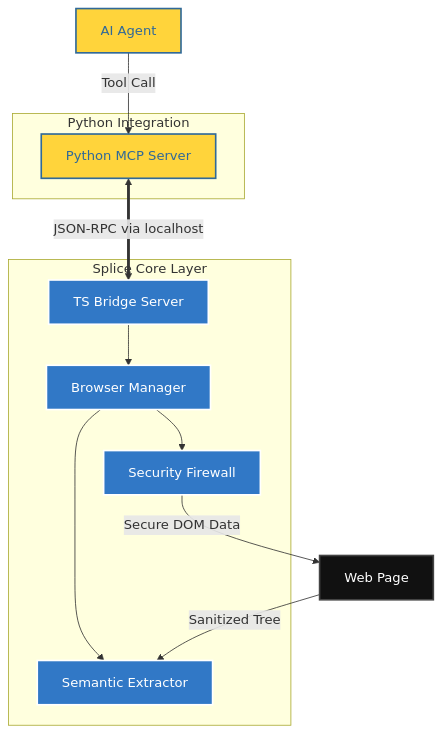
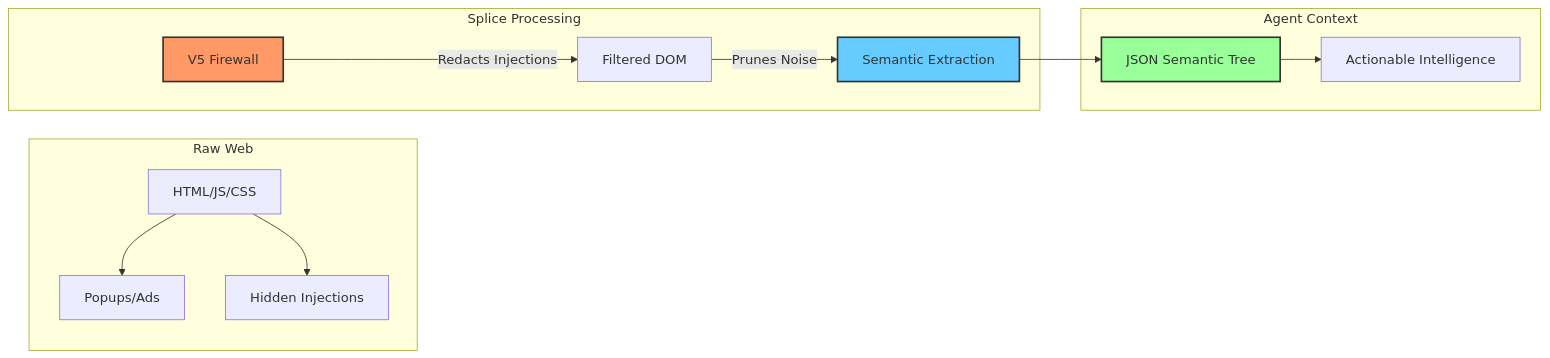
The first of 2 diagrams in README.md (Arnavnemade1/Splice), drawn with Mermaid before and after one commit. The commit also changed other lines of this file, not shown here.

Commit message:
docs: rename to Splice, add mission section, and enhance technical diagrams

````diff
--- a/README.md
+++ b/README.md
@@ -57,28 +48,21 @@
 ```mermaid
-graph TD
-    %% Styling
-    classDef ts fill:#3178C6,stroke:#fff,stroke-width:2px,color:#fff;
-    classDef py fill:#FFD43B,stroke:#306998,stroke-width:2px,color:#306998;
-    classDef core fill:#111,stroke:#444,stroke-width:2px,color:#fff;
+graph LR
+    subgraph Raw Web
+        A[HTML/JS/CSS] --> B[Popups/Ads]
+        A --> C[Hidden Injections]
+    end
 
-    A[AI Agent]:::py -->|Tool Call| B
-    
-    subgraph Python Integration
-        B[Python MCP Server]:::py
+    subgraph Splice Processing
+        D[V5 Firewall] -- Redacts Injections --> E[Filtered DOM]
+        E -- Prunes Noise --> F[Semantic Extraction]
     end
-    
-    subgraph Splice Core Layer
-        C[TS Bridge Server]:::ts
-        D[Browser Manager]:::ts
-        E[Semantic Extractor]:::ts
-        F[Security Firewall]:::ts
+
+    subgraph Agent Context
+        F --> G[JSON Semantic Tree]
+        G --> H[Actionable Intelligence]
     end
-    
-    B <==>|JSON-RPC via localhost| C
-    C --> D
-    D --> E
-    D --> F
-    
-    F -->|Secure DOM Data| G[Web Page]:::core
-    G -->|Sanitized Tree| E
+
+    style D fill:#f96,stroke:#333,stroke-width:2px
+    style F fill:#6cf,stroke:#333,stroke-width:2px
+    style G fill:#9f9,stroke:#333,stroke-width:2px
 ```
````
